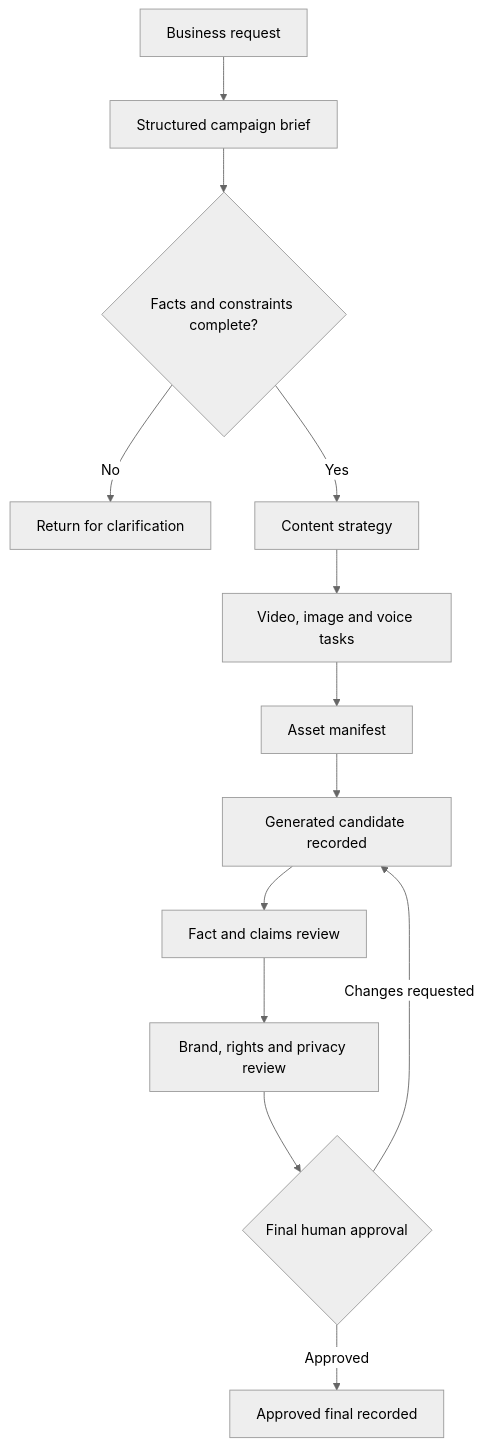
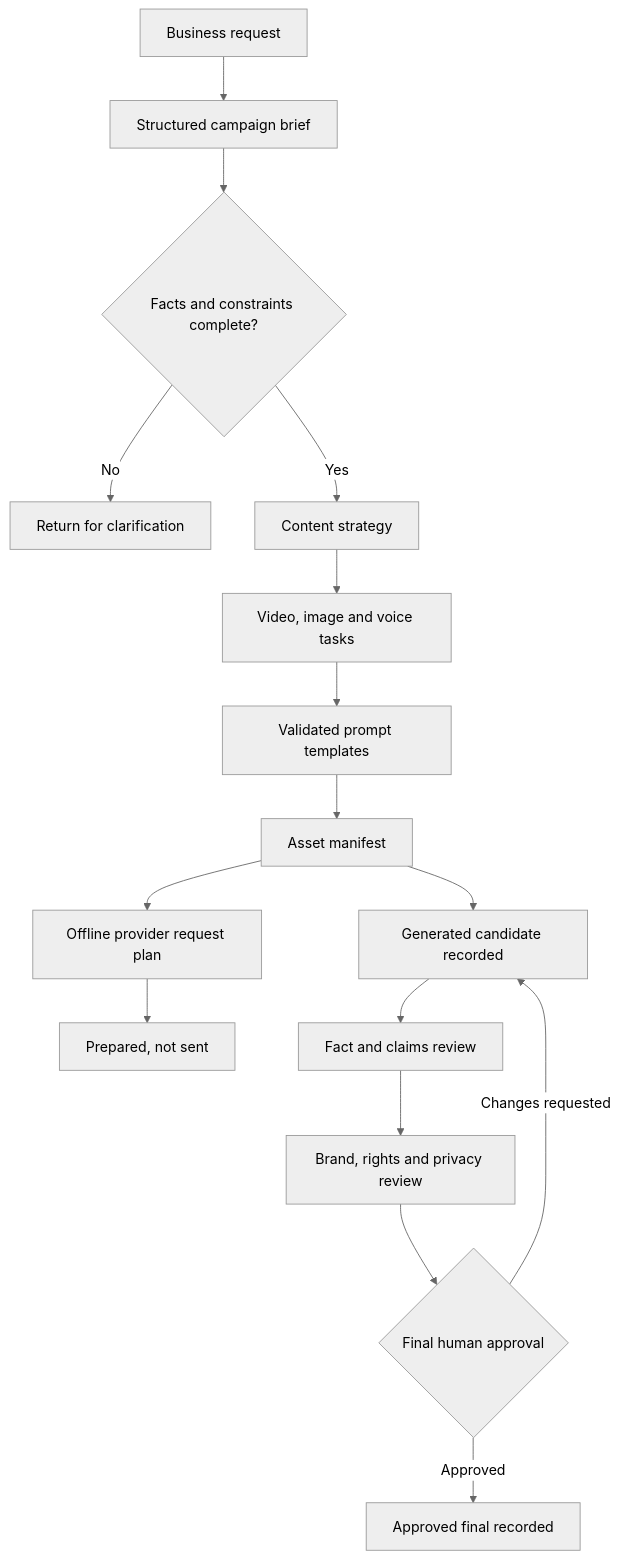
One commit to magicyao2028-pixel/aigc-content-production-studio changed the diagram in docs/BUSINESS_FLOW.md. Above: the diagram before and after it, drawn with Mermaid (neutral theme). The commit also changed other lines of this file and 24 other files, not shown here.

````diff
--- a/docs/BUSINESS_FLOW.md
+++ b/docs/BUSINESS_FLOW.md
@@ -5,15 +5,18 @@
 ```mermaid
 flowchart TB
     R[Business request] --> B[Structured campaign brief]
     B --> V{Facts and constraints complete?}
     V -->|No| C[Return for clarification]
     V -->|Yes| S[Content strategy]
     S --> T[Video, image and voice tasks]
-    T --> M[Asset manifest]
+    T --> PT[Validated prompt templates]
+    PT --> M[Asset manifest]
+    M --> RP[Offline provider request plan]
+    RP --> WAIT[Prepared, not sent]
     M --> CAND[Generated candidate recorded]
     CAND --> F[Fact and claims review]
     F --> P[Brand, rights and privacy review]
     P --> A{Final human approval}
     A -->|Approved| X[Approved final recorded]
     A -->|Changes requested| CAND
 ```
````
